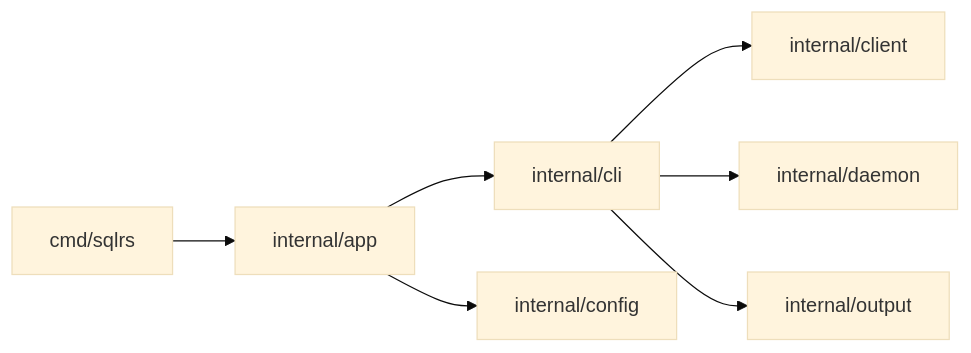
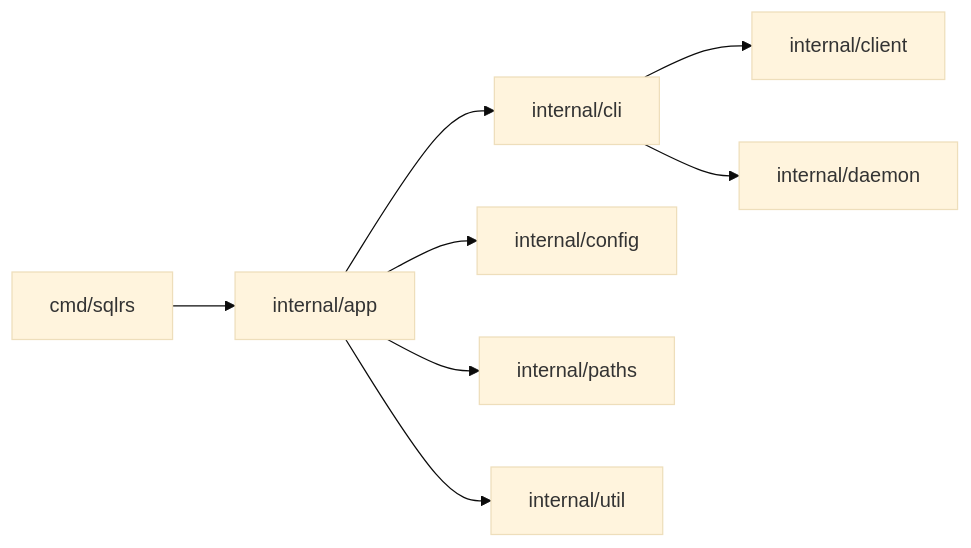
Before and after one commit to kimak-irmagi/taidon: the diagram in docs/architecture/cli-component-structure.RU.md, drawn with Mermaid (base theme). The commit also changed other lines of this file and 7 other files, not shown here.

Commit message:
Architecture docs updated

````diff
--- a/docs/architecture/cli-component-structure.RU.md
+++ b/docs/architecture/cli-component-structure.RU.md
@@ -34,17 +48,19 @@
 ```mermaid
 flowchart LR
   CMD["cmd/sqlrs"]
   APP["internal/app"]
   CLI["internal/cli"]
   CLIENT["internal/client"]
   DAEMON["internal/daemon"]
-  OUTPUT["internal/output"]
   CONFIG["internal/config"]
+  PATHS["internal/paths"]
+  UTIL["internal/util"]
 
   CMD --> APP
   APP --> CLI
   APP --> CONFIG
+  APP --> PATHS
+  APP --> UTIL
   CLI --> CLIENT
   CLI --> DAEMON
-  CLI --> OUTPUT
 ```
````
